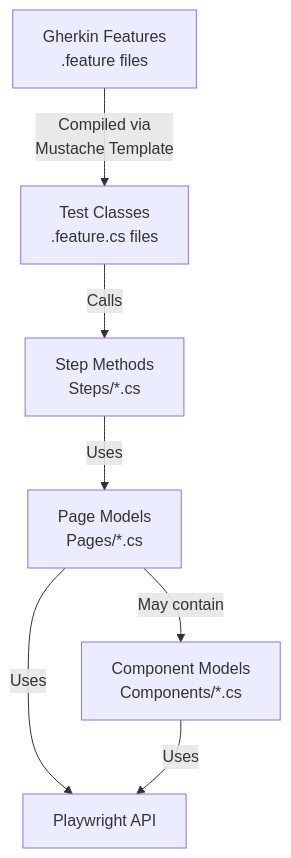
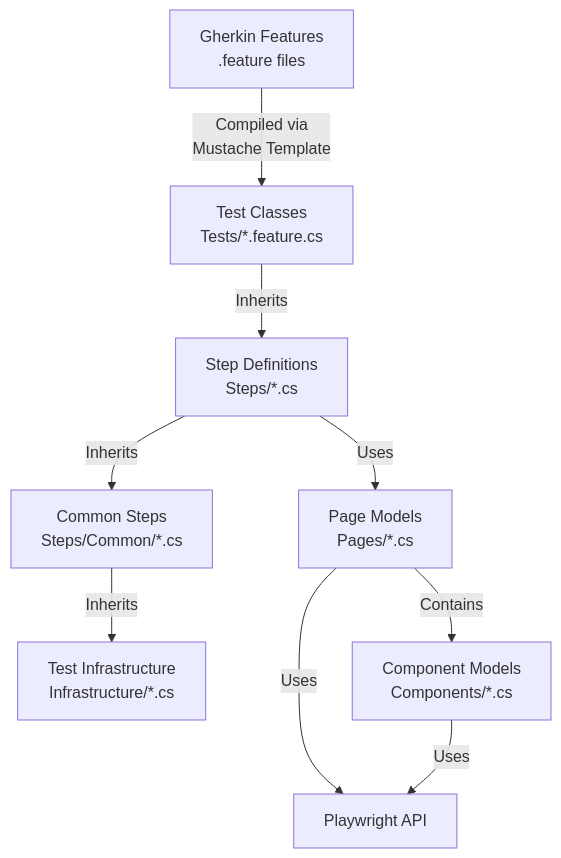
One commit to jcoliz/YoFi.V3 changed the diagram in tests/Functional/README.md. Above: the diagram before and after it, drawn with Mermaid. The commit also changed other lines of this file and 12 other files, not shown here.

Commit message:
tests(functional): refactor functional test base class

````diff
--- a/tests/Functional/README.md
+++ b/tests/Functional/README.md
@@ -23,9 +23,11 @@
 ```mermaid
 flowchart TD
-    A[Gherkin Features<br/>.feature files] -->|Compiled via<br/>Mustache Template| B[Test Classes<br/>.feature.cs files]
-    B -->|Calls| C[Step Methods<br/>Steps/*.cs]
-    C -->|Uses| D[Page Models<br/>Pages/*.cs]
-    D -->|May contain| E[Component Models<br/>Components/*.cs]
-    D -->|Uses| F[Playwright API]
-    E -->|Uses| F
+    A[Gherkin Features<br/>.feature files] -->|Compiled via<br/>Mustache Template| B[Test Classes<br/>Tests/*.feature.cs]
+    B -->|Inherits| C[Step Definitions<br/>Steps/*.cs]
+    C -->|Inherits| D[Common Steps<br/>Steps/Common/*.cs]
+    D -->|Inherits| E[Test Infrastructure<br/>Infrastructure/*.cs]
+    C -->|Uses| F[Page Models<br/>Pages/*.cs]
+    F -->|Contains| G[Component Models<br/>Components/*.cs]
+    F -->|Uses| H[Playwright API]
+    G -->|Uses| H
 ```
````
